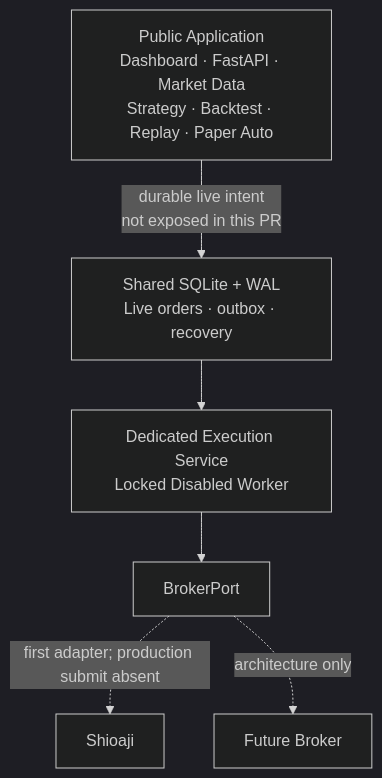
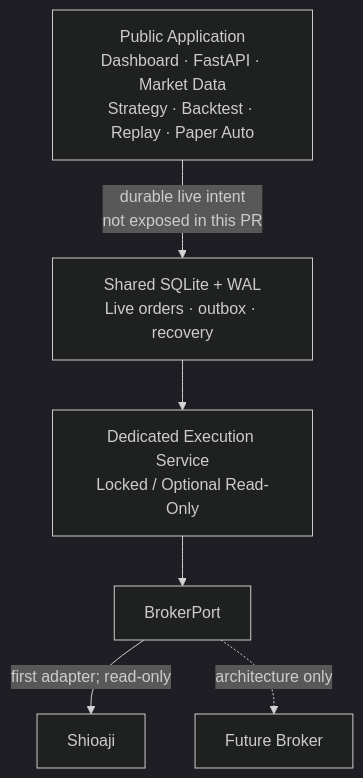
Before and after one commit to 3pwei/codex-tw-quant-trading-system: the diagram in docs/live-execution-security-boundary.md, drawn with Mermaid (dark theme). The commit also changed other lines of this file and 16 other files, not shown here.

Commit message:
feat: add Shioaji production read-only broker adapter

````diff
--- a/docs/live-execution-security-boundary.md
+++ b/docs/live-execution-security-boundary.md
@@ -9,9 +10,9 @@
 ```mermaid
 flowchart TD
     A["Public Application<br/>Dashboard · FastAPI · Market Data<br/>Strategy · Backtest · Replay · Paper Auto"]
     A -->|"durable live intent<br/>not exposed in this PR"| B["Shared SQLite + WAL<br/>Live orders · outbox · recovery"]
-    B --> C["Dedicated Execution Service<br/>Locked Disabled Worker"]
+    B --> C["Dedicated Execution Service<br/>Locked / Optional Read-Only"]
     C --> D["BrokerPort"]
-    D -.->|"first adapter; production submit absent"| E["Shioaji"]
+    D -->|"first adapter; read-only"| E["Shioaji"]
     D -.->|"architecture only"| F["Future Broker"]
 ```
````
